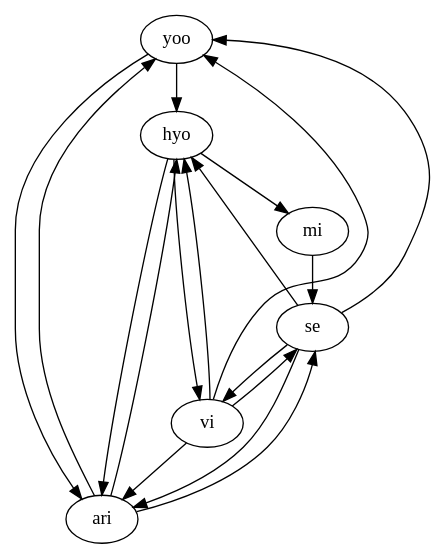
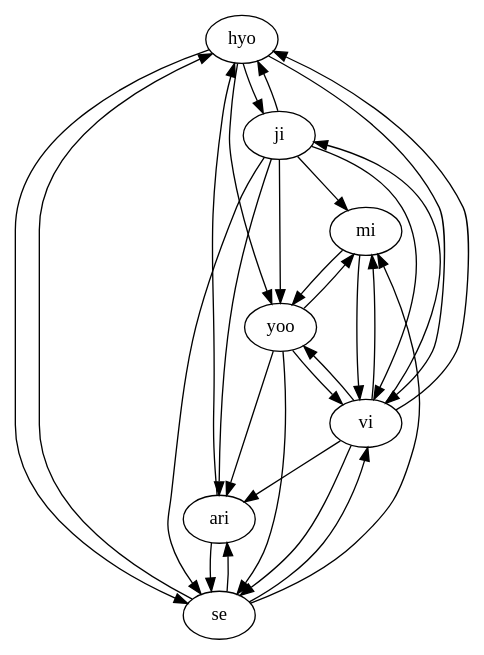
One commit to hannimpeha/WS changed the diagram in src/main/java/resource/awesome.dot. Above: the diagram before and after it, drawn with Graphviz. The commit also changed 25 other files, not shown here.

```diff
--- a/src/main/java/resource/awesome.dot
+++ b/src/main/java/resource/awesome.dot
@@ -1,19 +1,30 @@
 digraph {
-yoo->hyo;
-hyo->mi;
+hyo->ji;
+ji->hyo;
+hyo->yoo;
 hyo->vi;
 vi->hyo;
+hyo->se;
 se->hyo;
-hyo->ari;
 ari->hyo;
+ji->yoo;
+ji->mi;
+ji->vi;
+vi->ji;
+ji->se;
+ji->ari;
+yoo->mi;
+mi->yoo;
+yoo->vi;
 vi->yoo;
-se->yoo;
+yoo->se;
 yoo->ari;
-ari->yoo;
-mi->se;
+mi->vi;
+vi->mi;
+se->mi;
 vi->se;
 se->vi;
 vi->ari;
 se->ari;
 ari->se;
 }
```
